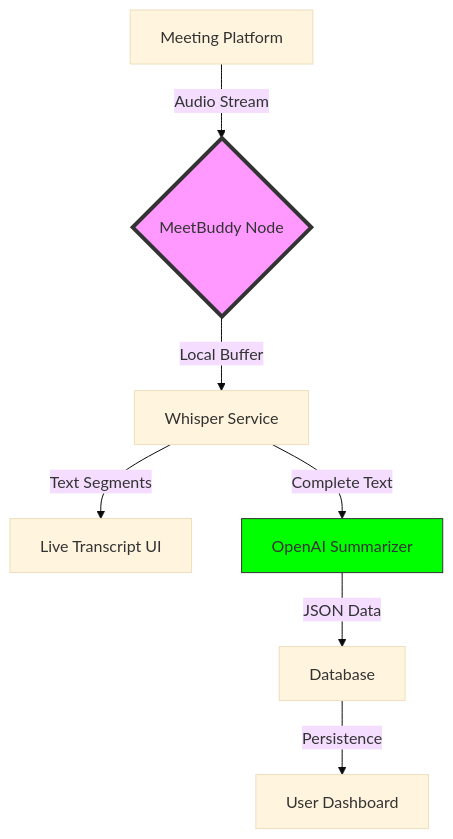
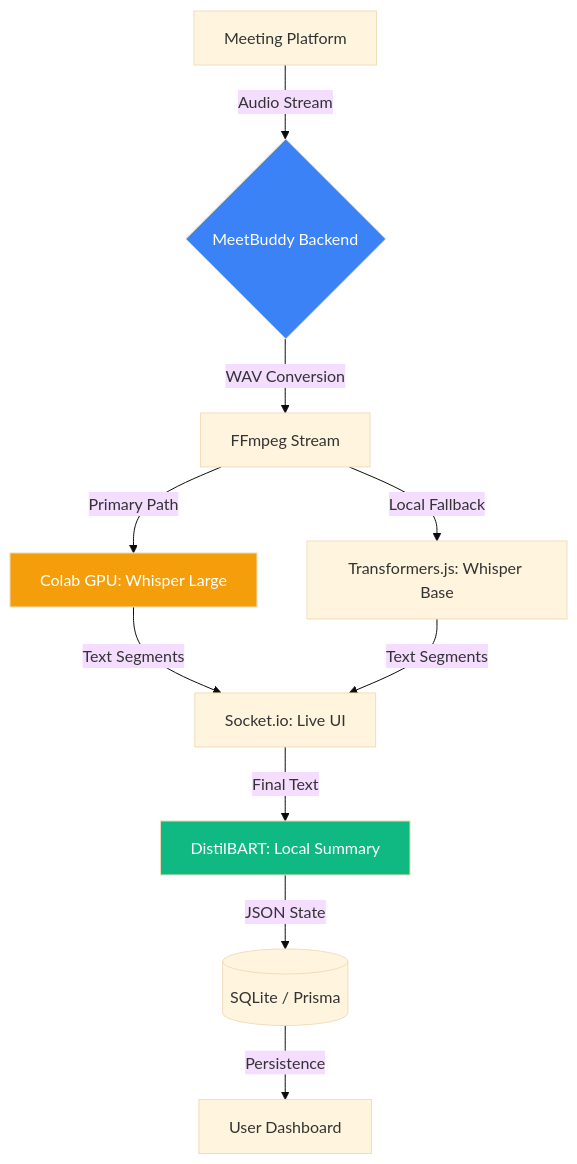
Before and after one commit to G1r1dhar/MeetBuddy-AI: the diagram in README.md, drawn with Mermaid (base theme). The commit also changed other lines of this file, not shown here.

Commit message:
docs: finalize accurate architecture and tech stack (Transformers.js, Whisper Local, SQLite)

````diff
--- a/README.md
+++ b/README.md
@@ -42,12 +33,15 @@
 ```mermaid
 graph TD
-    A[Meeting Platform] -->|Audio Stream| B{MeetBuddy Node}
-    B -->|Local Buffer| C[Whisper Service]
-    C -->|Text Segments| D[Live Transcript UI]
-    C -->|Complete Text| E[OpenAI Summarizer]
-    E -->|JSON Data| F[Database]
-    F -->|Persistence| G[User Dashboard]
+    A[Meeting Platform] -->|Audio Stream| B{MeetBuddy Backend}
+    B -->|WAV Conversion| C[FFmpeg Stream]
+    C -->|Primary Path| D[Colab GPU: Whisper Large]
+    C -->|Local Fallback| E[Transformers.js: Whisper Base]
+    D & E -->|Text Segments| F[Socket.io: Live UI]
+    F -->|Final Text| G[DistilBART: Local Summary]
+    G -->|JSON State| H[(SQLite / Prisma)]
+    H -->|Persistence| I[User Dashboard]
     
-    style B fill:#f9f,stroke:#333,stroke-width:4px
-    style E fill:#00ff00,stroke:#333
+    style B fill:#3b82f6,color:#fff
+    style G fill:#10b981,color:#fff
+    style D fill:#f59e0b,color:#fff
 ```
````
